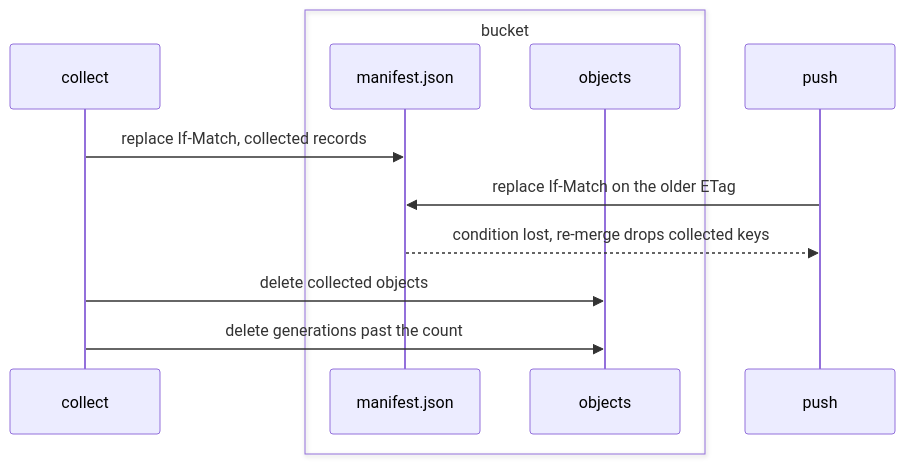
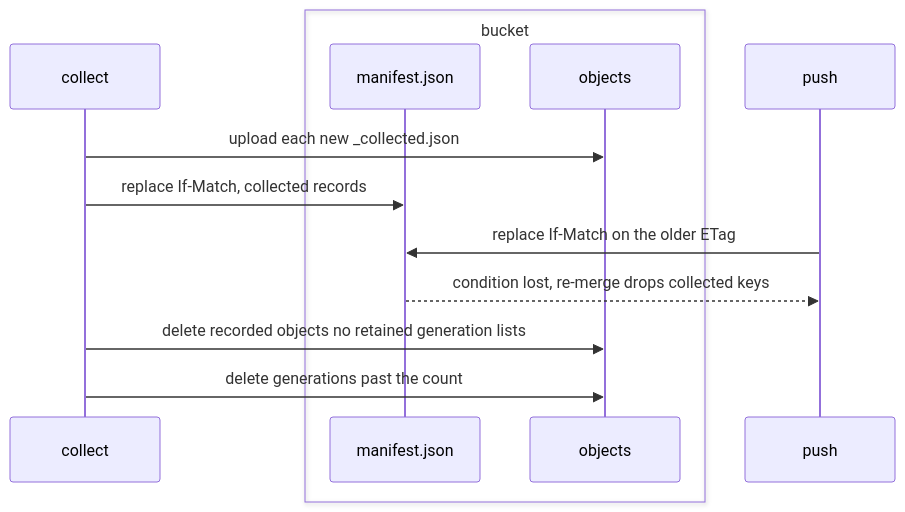
Before and after one commit to fractalboxdev/contextful: the diagram in spec/16-collect.md, drawn with Mermaid. The commit also changed other lines of this file and 41 other files, not shown here.

````diff
--- a/spec/16-collect.md
+++ b/spec/16-collect.md
@@ -40,15 +69,16 @@
 ```mermaid
 sequenceDiagram
   participant C as collect
   box bucket
     participant M as manifest.json
     participant O as objects
   end
   participant P as push
 
+  C->>O: upload each new _collected.json
   C->>M: replace If-Match, collected records
   P->>M: replace If-Match on the older ETag
   M-->>P: condition lost, re-merge drops collected keys
-  C->>O: delete collected objects
+  C->>O: delete recorded objects no retained generation lists
   C->>O: delete generations past the count
 ```
````
